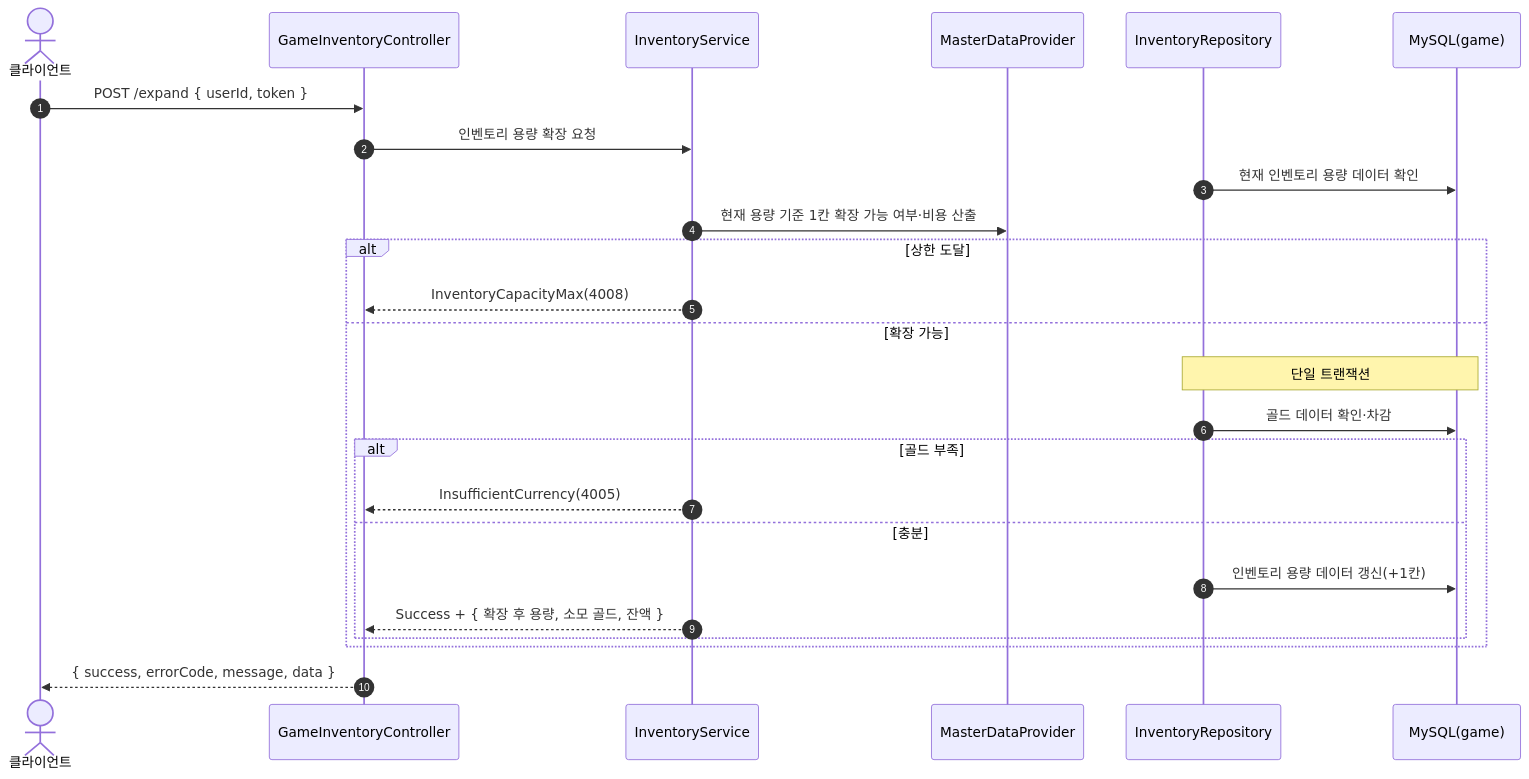
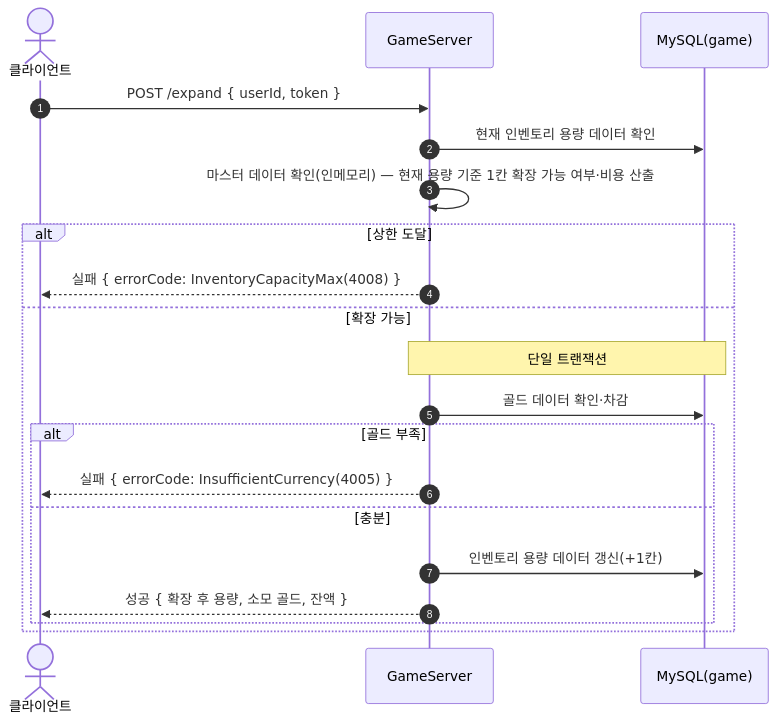
One commit to ks-wook/com2us-taskbar-hero changed the fourth of 4 diagrams in SequenceDiagram/GameInventoryController.md. Above: the diagram before and after it, drawn with Mermaid. The commit also changed other lines of this file and 8 other files, not shown here.

Commit message:
시퀀스 다이어그램 수정

````diff
--- a/SequenceDiagram/GameInventoryController.md
+++ b/SequenceDiagram/GameInventoryController.md
@@ -83,28 +70,23 @@
 ```mermaid
 sequenceDiagram
     autonumber
     actor C as 클라이언트
-    participant Ctrl as GameInventoryController
-    participant Svc as InventoryService
-    participant MD as MasterDataProvider
-    participant Repo as InventoryRepository
+    participant S as GameServer
     participant DB as MySQL(game)
 
-    C->>Ctrl: POST /expand { userId, token }
-    Ctrl->>Svc: 인벤토리 용량 확장 요청
-    Repo->>DB: 현재 인벤토리 용량 데이터 확인
-    Svc->>MD: 현재 용량 기준 1칸 확장 가능 여부·비용 산출
+    C->>S: POST /expand { userId, token }
+    S->>DB: 현재 인벤토리 용량 데이터 확인
+    S->>S: 마스터 데이터 확인(인메모리) — 현재 용량 기준 1칸 확장 가능 여부·비용 산출
     alt 상한 도달
-        Svc-->>Ctrl: InventoryCapacityMax(4008)
+        S-->>C: 실패 { errorCode: InventoryCapacityMax(4008) }
     else 확장 가능
-        Note over Repo,DB: 단일 트랜잭션
-        Repo->>DB: 골드 데이터 확인·차감
+        Note over S,DB: 단일 트랜잭션
+        S->>DB: 골드 데이터 확인·차감
         alt 골드 부족
-            Svc-->>Ctrl: InsufficientCurrency(4005)
+            S-->>C: 실패 { errorCode: InsufficientCurrency(4005) }
         else 충분
-            Repo->>DB: 인벤토리 용량 데이터 갱신(+1칸)
-            Svc-->>Ctrl: Success + { 확장 후 용량, 소모 골드, 잔액 }
+            S->>DB: 인벤토리 용량 데이터 갱신(+1칸)
+            S-->>C: 성공 { 확장 후 용량, 소모 골드, 잔액 }
         end
     end
-    Ctrl-->>C: { success, errorCode, message, data }
 ```
````
